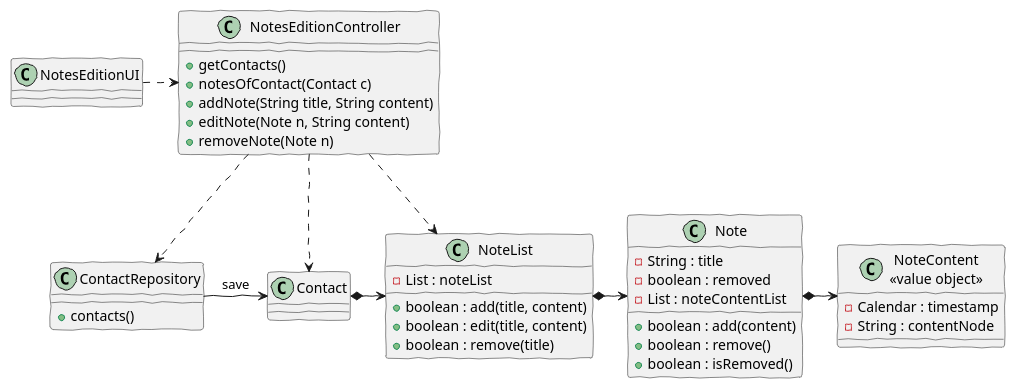
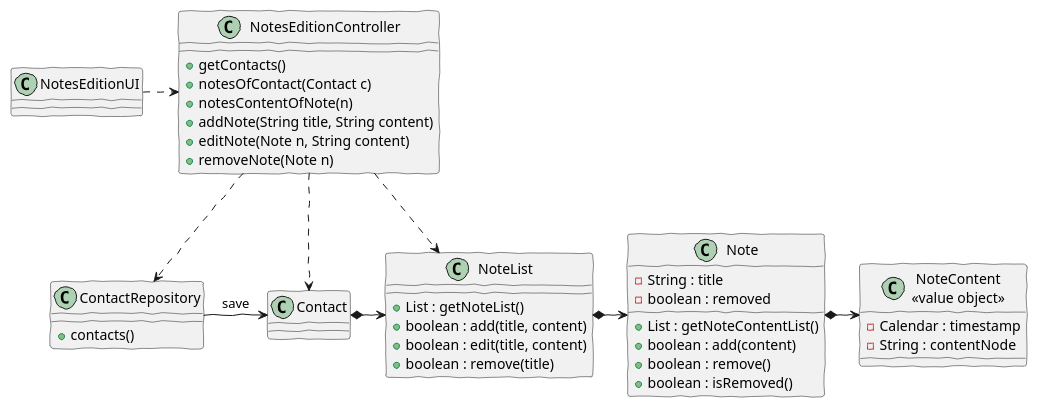
The diagram in src/main/java/lapr4/blue/s3/core/n1060503/notes/cd_notes_edition.puml (MikeTekOn/lapr4-2017-2dd), drawn with PlantUML before and after one commit. The commit also changed 13 other files, not shown here.

```diff
--- a/src/main/java/lapr4/blue/s3/core/n1060503/notes/cd_notes_edition.puml
+++ b/src/main/java/lapr4/blue/s3/core/n1060503/notes/cd_notes_edition.puml
@@ -1,50 +1,51 @@
 @startuml cd_notes_edition.png
 skinparam handwritten true
 skinparam packageStyle rect
 skinparam defaultFontName FG Virgil
 skinparam shadowing false 
 skinparam SequenceMessageAlign center
 
 class NotesEditionUI{    
 }
 class NotesEditionController{
     +getContacts()
     +notesOfContact(Contact c)
+    +notesContentOfNote(n)
     +addNote(String title, String content) 
     +editNote(Note n, String content)
     +removeNote(Note n)
 }
 class ContactRepository{
     +contacts()
 }
 class Contact{
 }
 class NoteList{
-    -List : noteList
+    +List : getNoteList()
     +boolean : add(title, content)
     +boolean : edit(title, content)
     +boolean : remove(title)
 }
 class Note{
     -String : title
     -boolean : removed
-    -List : noteContentList
+    +List : getNoteContentList()
     +boolean : add(content)
     +boolean : remove()
     +boolean : isRemoved()
 }
 class "NoteContent\n<<value object>>"{
     -Calendar : timestamp
     -String : contentNode
 }
 
 NotesEditionUI .> NotesEditionController
 NotesEditionController .-> ContactRepository
 NotesEditionController .-> NoteList
 NotesEditionController .-> Contact
 ContactRepository -> Contact : save
 Contact *-> NoteList
 NoteList *-> Note
 Note *-> "NoteContent\n<<value object>>"
 
 @enduml
```
